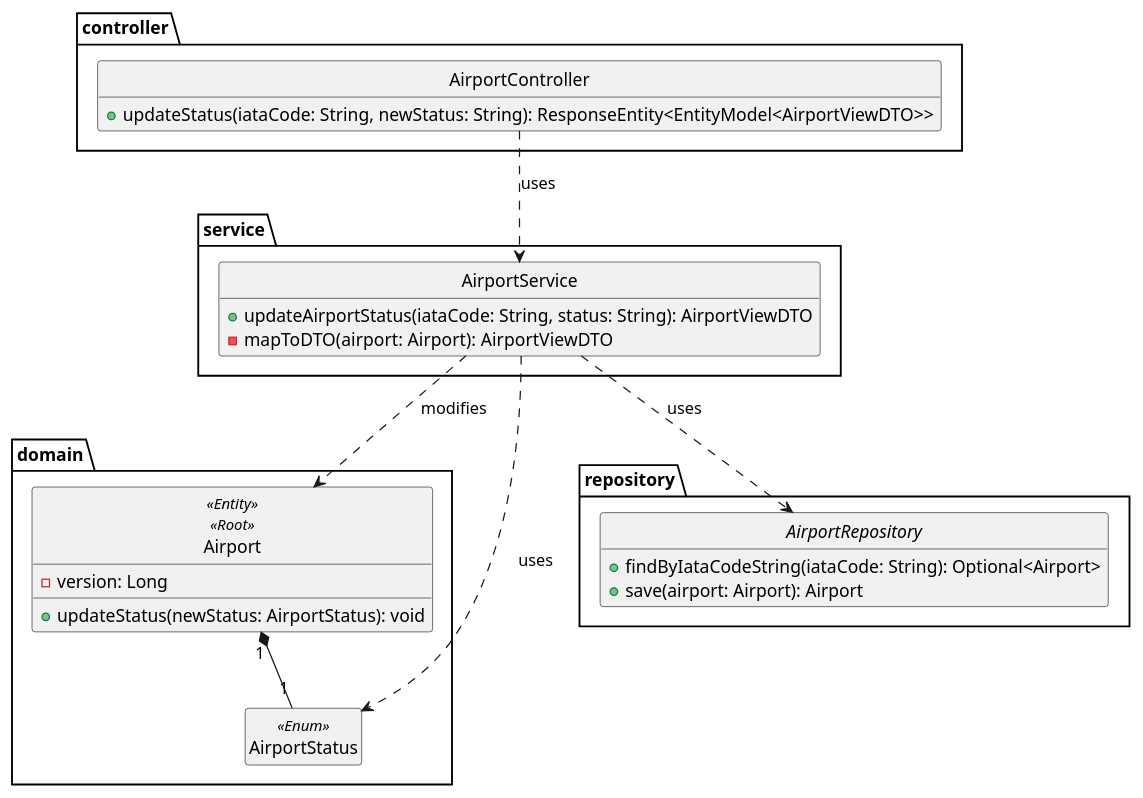
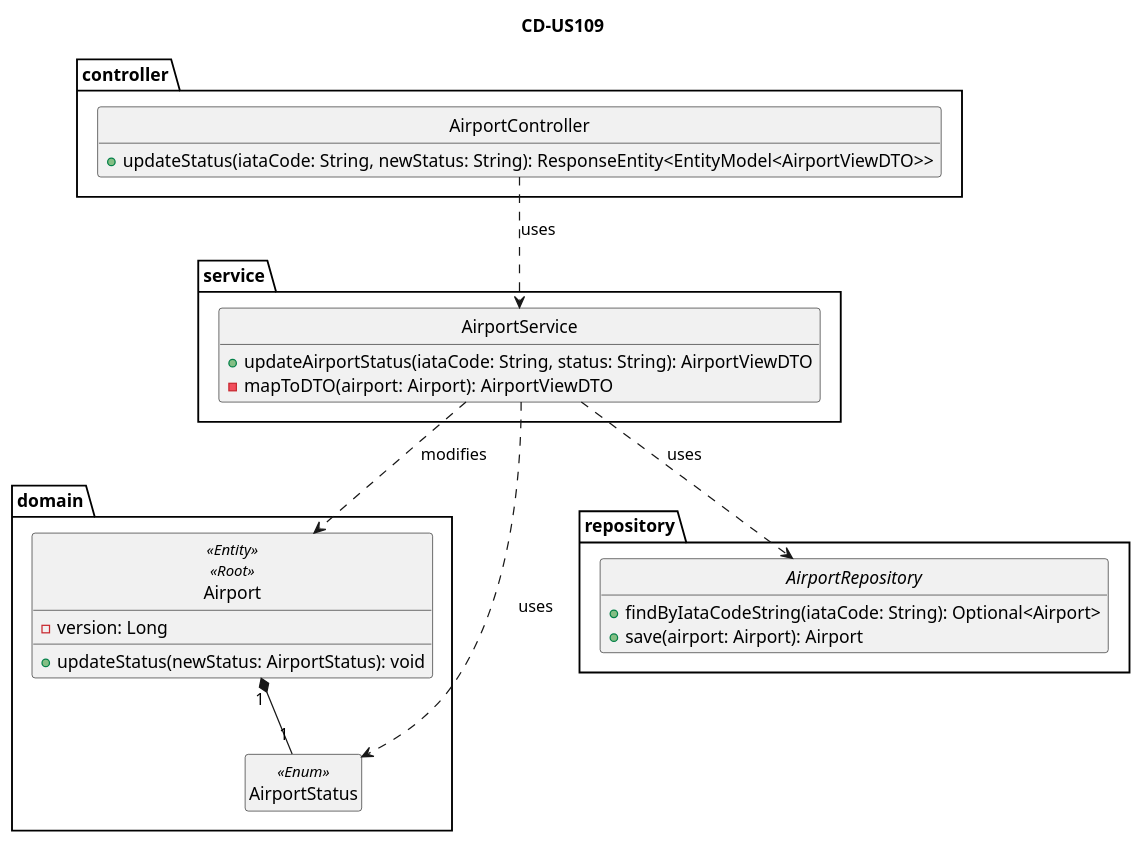
The diagram in docs/WP#2A-Airports/US109/US109-CD.puml (anamartasilvaa/PSOFT_AISafe_Flight), drawn with PlantUML before and after one commit. The commit also changed 39 other files, not shown here.

Commit message:
Títulos nos diagramas

```diff
--- a/docs/WP#2A-Airports/US109/US109-CD.puml
+++ b/docs/WP#2A-Airports/US109/US109-CD.puml
@@ -1,38 +1,39 @@
 @startuml
 skinparam style strictuml
 hide empty members
+title CD-US109
 
 package controller {
     class AirportController {
         + updateStatus(iataCode: String, newStatus: String): ResponseEntity<EntityModel<AirportViewDTO>>
     }
 }
 
 package service {
     class AirportService {
         + updateAirportStatus(iataCode: String, status: String): AirportViewDTO
         - mapToDTO(airport: Airport): AirportViewDTO
     }
 }
 
 package domain {
     class Airport <<Entity>> <<Root>> {
         - version: Long
         + updateStatus(newStatus: AirportStatus): void
     }
     enum AirportStatus <<Enum>>
 }
 
 package repository {
     interface AirportRepository {
         + findByIataCodeString(iataCode: String): Optional<Airport>
         + save(airport: Airport): Airport
     }
 }
 
 AirportController ..> AirportService : uses
 AirportService ..> AirportRepository : uses
 AirportService ..> Airport : modifies
 AirportService ..> AirportStatus : uses
 Airport "1" *-- "1" AirportStatus
 @enduml
```
